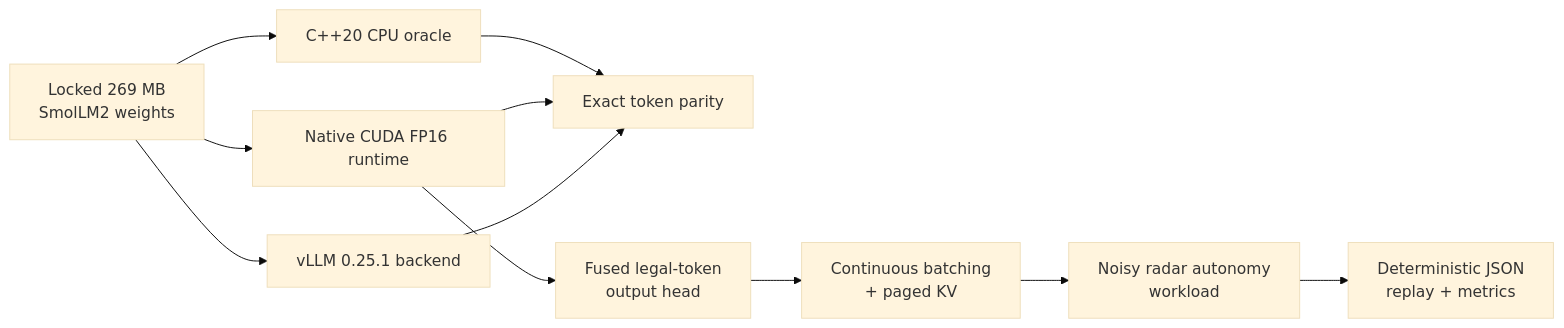
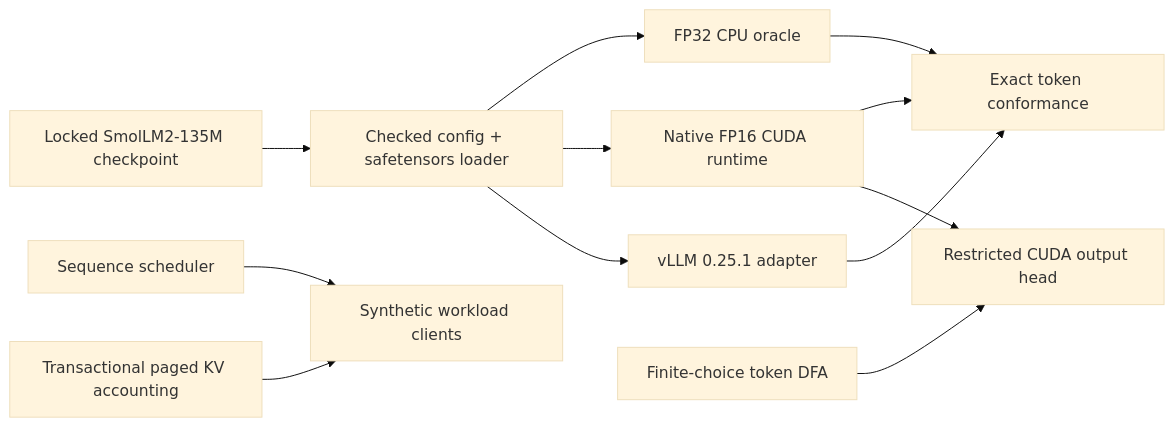
The diagram in README.md (pathupally/Market_Sim), drawn with Mermaid (base theme) before and after one commit. The commit also changed other lines of this file and 13 other files, not shown here.

````diff
--- a/README.md
+++ b/README.md
@@ -30,13 +16,14 @@
 ```mermaid
 flowchart LR
-    W["Locked 269 MB<br/>SmolLM2 weights"] --> C["C++20 CPU oracle"]
-    W --> G["Native CUDA FP16 runtime"]
-    W --> V["vLLM 0.25.1 backend"]
-    C --> P["Exact token parity"]
-    G --> P
+    W["Locked SmolLM2-135M checkpoint"] --> L["Checked config + safetensors loader"]
+    L --> C["FP32 CPU oracle"]
+    L --> N["Native FP16 CUDA runtime"]
+    L --> V["vLLM 0.25.1 adapter"]
+    C --> P["Exact token conformance"]
+    N --> P
     V --> P
-    G --> H["Fused legal-token<br/>output head"]
-    H --> S["Continuous batching<br/>+ paged KV"]
-    S --> A["Noisy radar autonomy<br/>workload"]
-    A --> R["Deterministic JSON<br/>replay + metrics"]
+    D["Finite-choice token DFA"] --> H["Restricted CUDA output head"]
+    N --> H
+    S["Sequence scheduler"] --> X["Synthetic workload clients"]
+    K["Transactional paged KV accounting"] --> X
 ```
````
